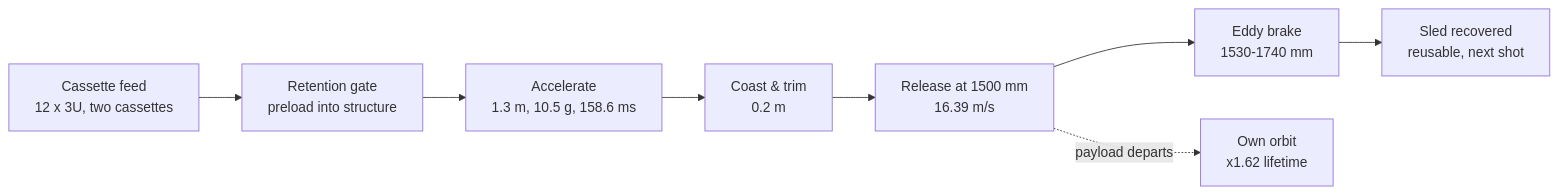
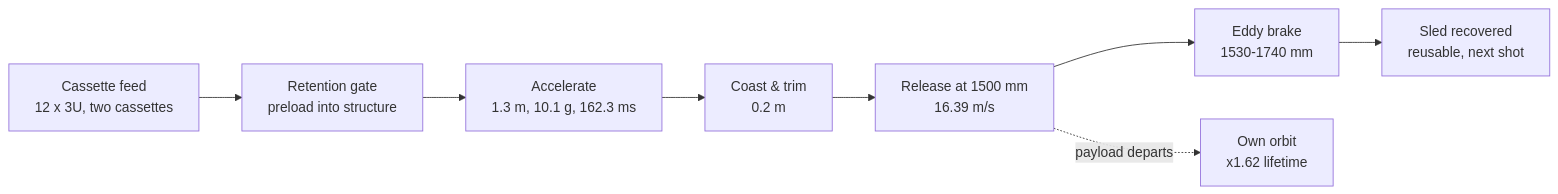
Before and after one commit to aaaaaaaaaaaavm/VOLLEY: the first of 3 diagrams in README.md, drawn with Mermaid. The commit also changed other lines of this file and 83 other files, not shown here.

````diff
--- a/README.md
+++ b/README.md
@@ -157,10 +157,10 @@
 ```mermaid
 flowchart LR
     A["Cassette feed<br/>12 x 3U, two cassettes"] --> B["Retention gate<br/>preload into structure"]
-    B --> C["Accelerate<br/>1.3 m, 10.5 g, 158.6 ms"]
+    B --> C["Accelerate<br/>1.3 m, 10.1 g, 162.3 ms"]
     C --> D["Coast &amp; trim<br/>0.2 m"]
     D --> E["Release at 1500 mm<br/>16.39 m/s"]
     E --> F["Eddy brake<br/>1530-1740 mm"]
     F --> G["Sled recovered<br/>reusable, next shot"]
     E -.->|"payload departs"| H["Own orbit<br/>x1.62 lifetime"]
 ```
````
